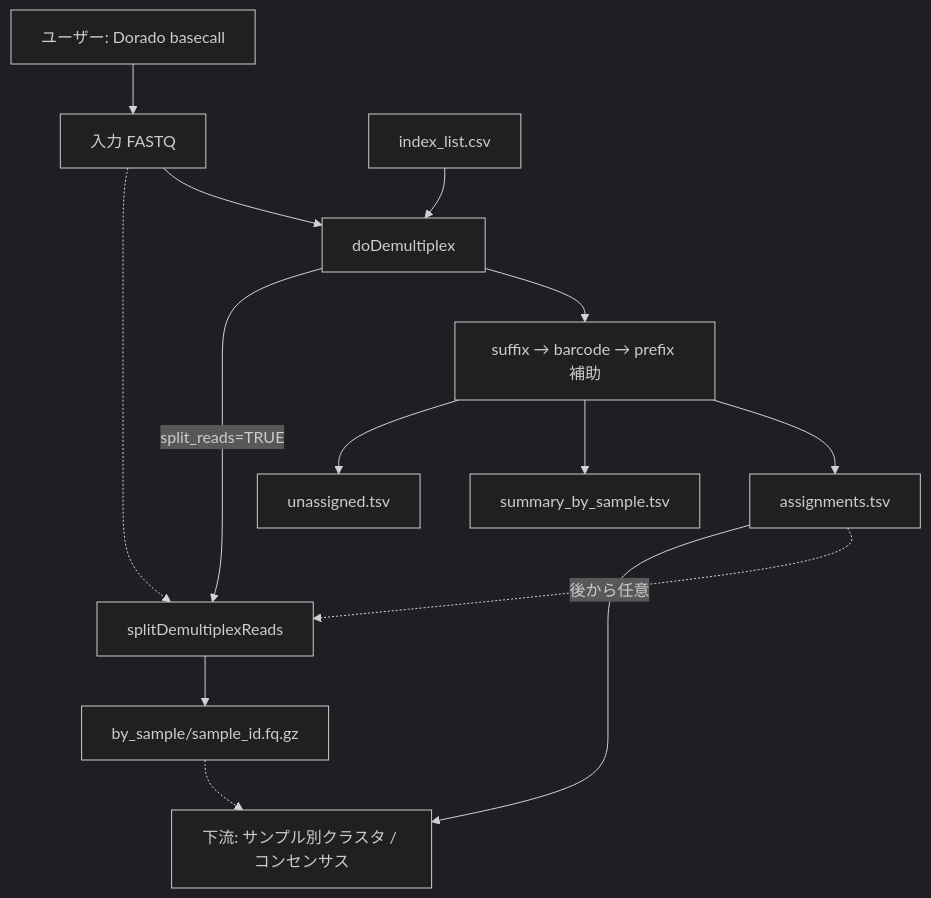
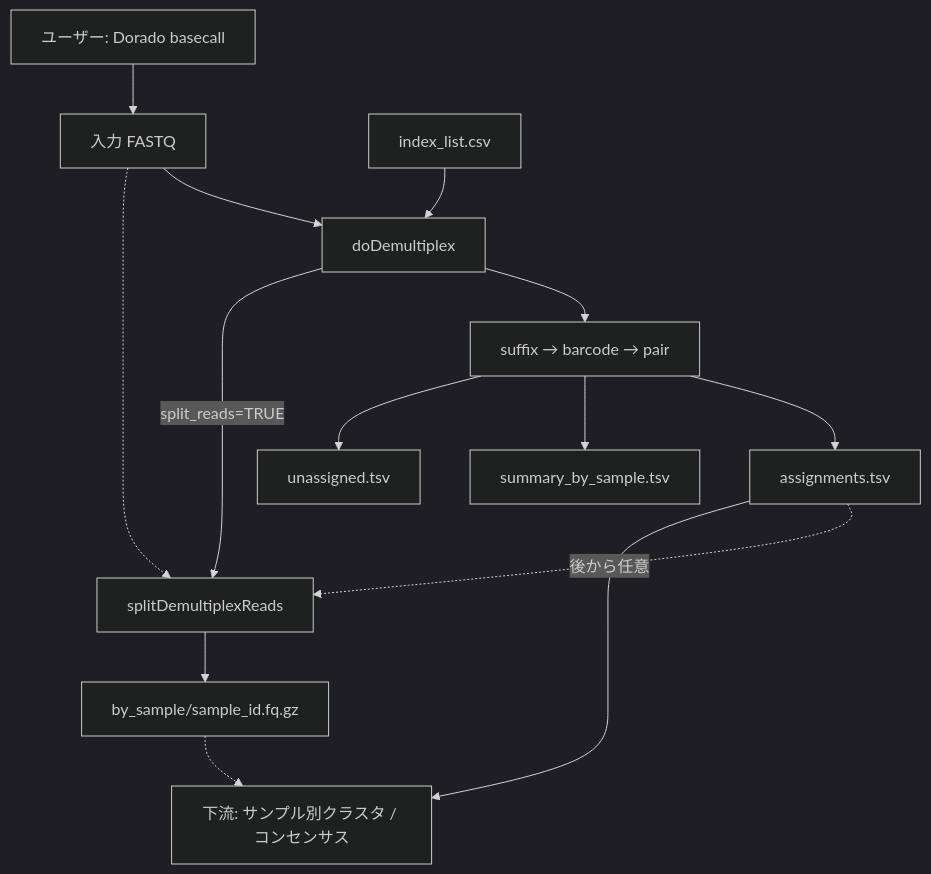
One commit to tomoyukif/miaoseq changed the diagram in cursor_dev/demux_revise.md. Above: the diagram before and after it, drawn with Mermaid (dark theme). The commit also changed other lines of this file and 51 other files, not shown here.

````diff
--- a/cursor_dev/demux_revise.md
+++ b/cursor_dev/demux_revise.md
@@ -516,16 +547,16 @@
 ```mermaid
 flowchart TD
     U[ユーザー: Dorado basecall] --> FQ[入力 FASTQ]
     FQ --> A[doDemultiplex]
     IDX[index_list.csv] --> A
-    A --> B[suffix → barcode → prefix 補助]
+    A --> B[suffix → barcode → pair]
     B --> C[assignments.tsv]
     B --> D[summary_by_sample.tsv]
     B --> E[unassigned.tsv]
     A -->|split_reads=TRUE| S[splitDemultiplexReads]
     C -.->|後から任意| S
     FQ -.-> S
     S --> OUT[by_sample/sample_id.fq.gz]
     C --> DOWN[下流: サンプル別クラスタ / コンセンサス]
     OUT -.-> DOWN
 ```
````
